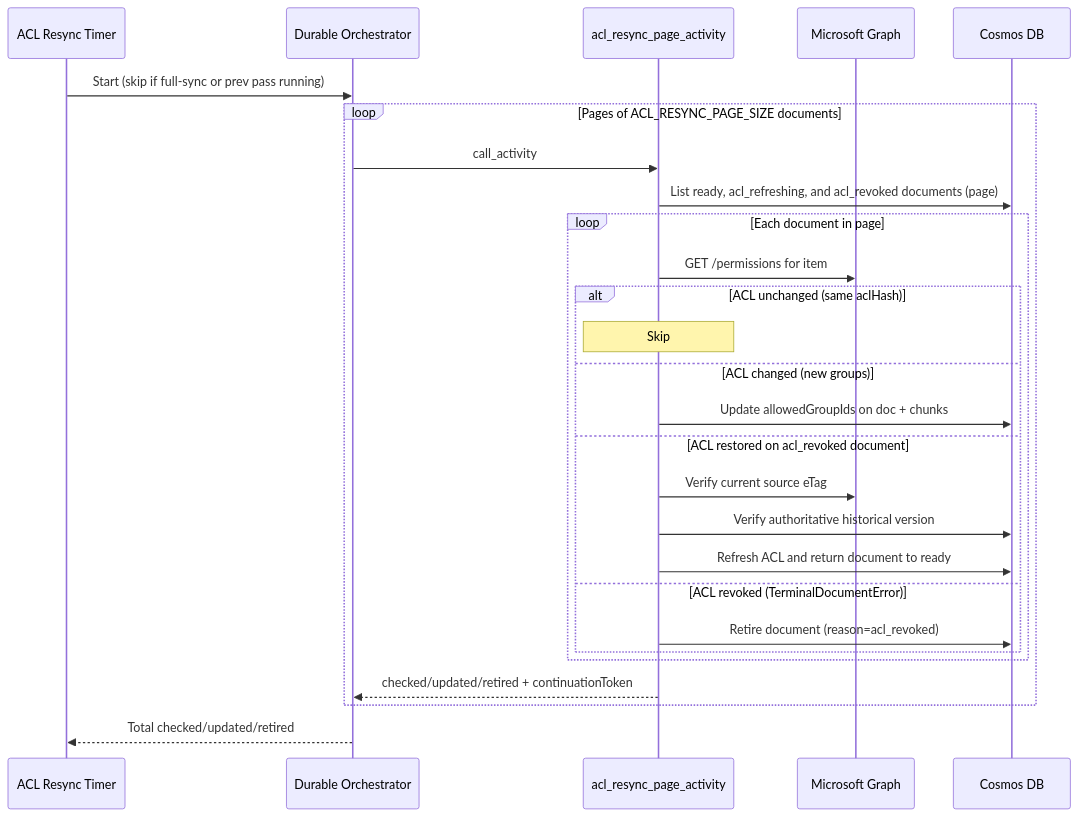
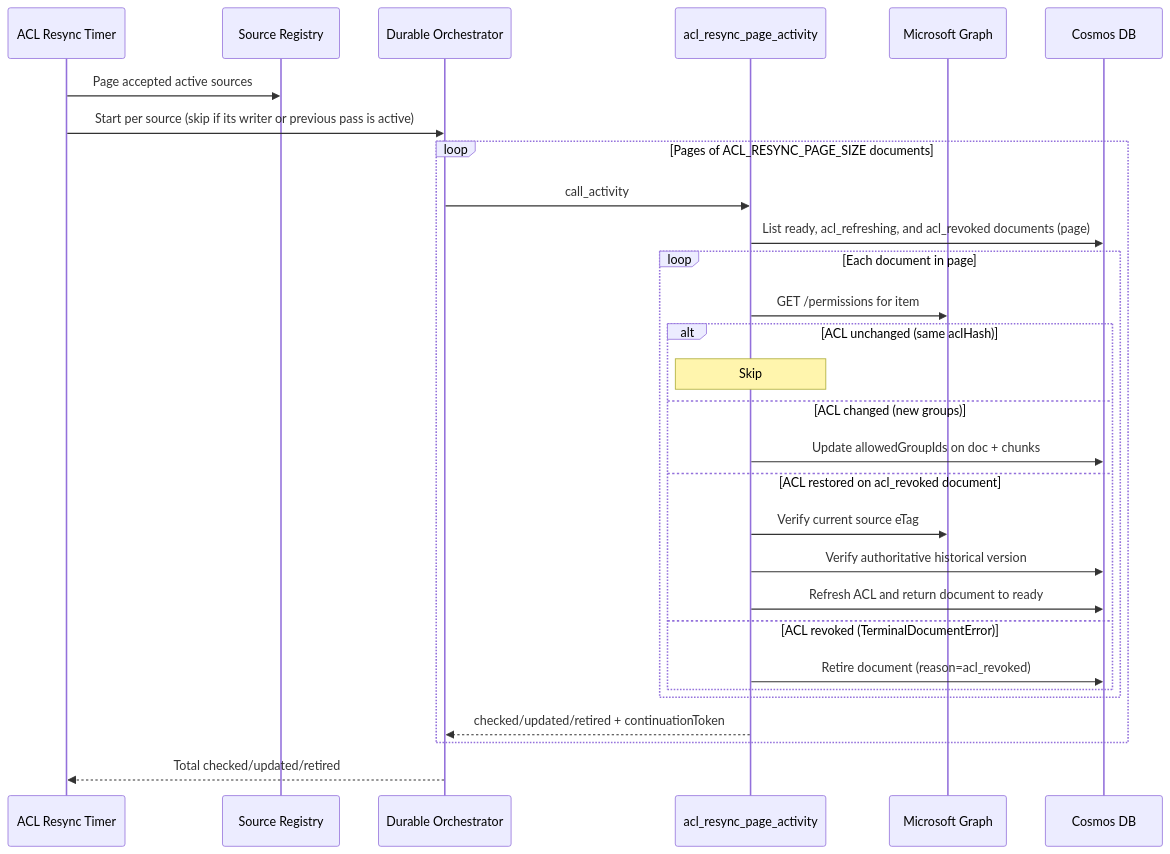
One commit to HariVamsiChittari1/enterprise-rag-pipeline changed the sixth of 14 diagrams in docs/ARCHITECTURE.md. Above: the diagram before and after it, drawn with Mermaid. The commit also changed other lines of this file and 7 other files, not shown here.

````diff
--- a/docs/ARCHITECTURE.md
+++ b/docs/ARCHITECTURE.md
@@ -269,30 +344,32 @@
 ```mermaid
 sequenceDiagram
     participant Timer as ACL Resync Timer
+    participant Registry as Source Registry
     participant Orch as Durable Orchestrator
     participant Act as acl_resync_page_activity
     participant Graph as Microsoft Graph
     participant Cosmos as Cosmos DB
 
-    Timer->>Orch: Start (skip if full-sync or prev pass running)
+    Timer->>Registry: Page accepted active sources
+    Timer->>Orch: Start per source (skip if its writer or previous pass is active)
     loop Pages of ACL_RESYNC_PAGE_SIZE documents
         Orch->>Act: call_activity
         Act->>Cosmos: List ready, acl_refreshing, and acl_revoked documents (page)
         loop Each document in page
             Act->>Graph: GET /permissions for item
             alt ACL unchanged (same aclHash)
                 Note over Act: Skip
             else ACL changed (new groups)
                 Act->>Cosmos: Update allowedGroupIds on doc + chunks
             else ACL restored on acl_revoked document
                 Act->>Graph: Verify current source eTag
                 Act->>Cosmos: Verify authoritative historical version
                 Act->>Cosmos: Refresh ACL and return document to ready
             else ACL revoked (TerminalDocumentError)
                 Act->>Cosmos: Retire document (reason=acl_revoked)
             end
         end
         Act-->>Orch: checked/updated/retired + continuationToken
     end
     Orch-->>Timer: Total checked/updated/retired
 ```
````
